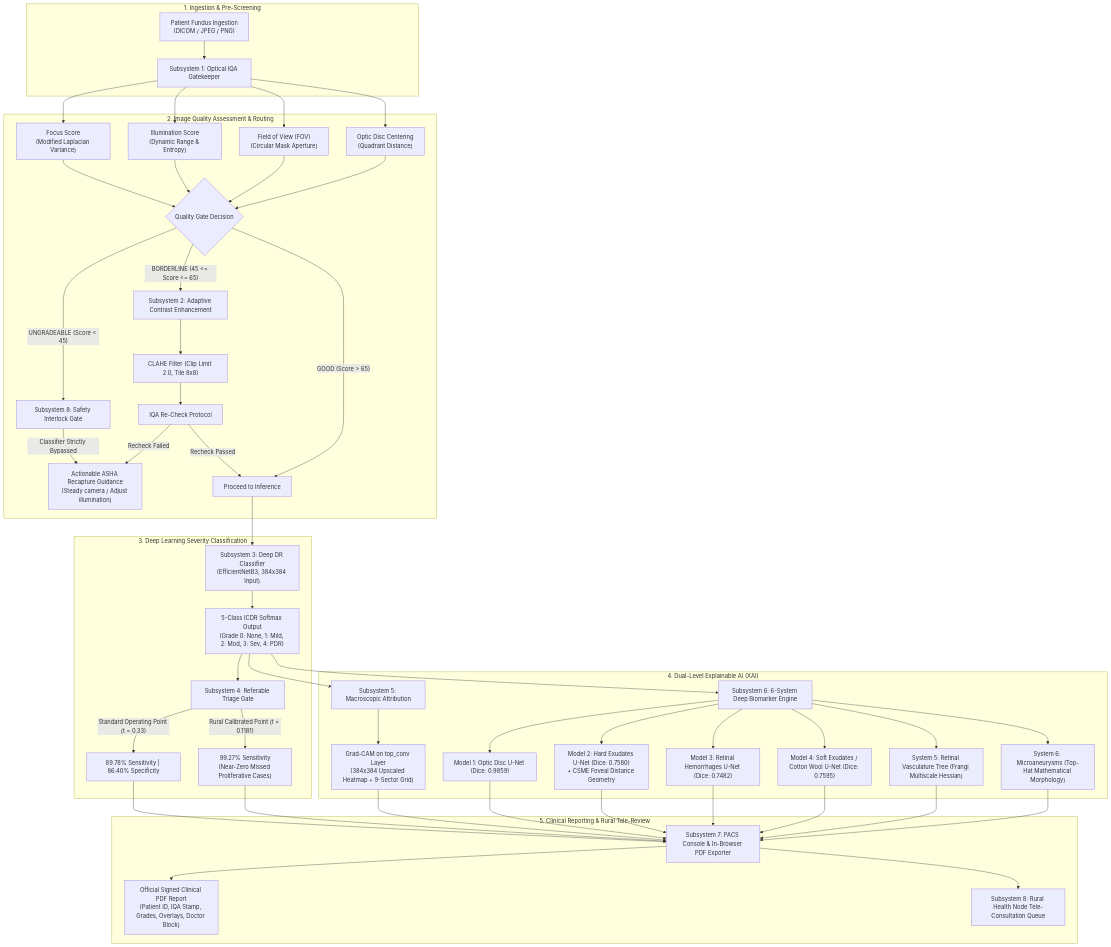
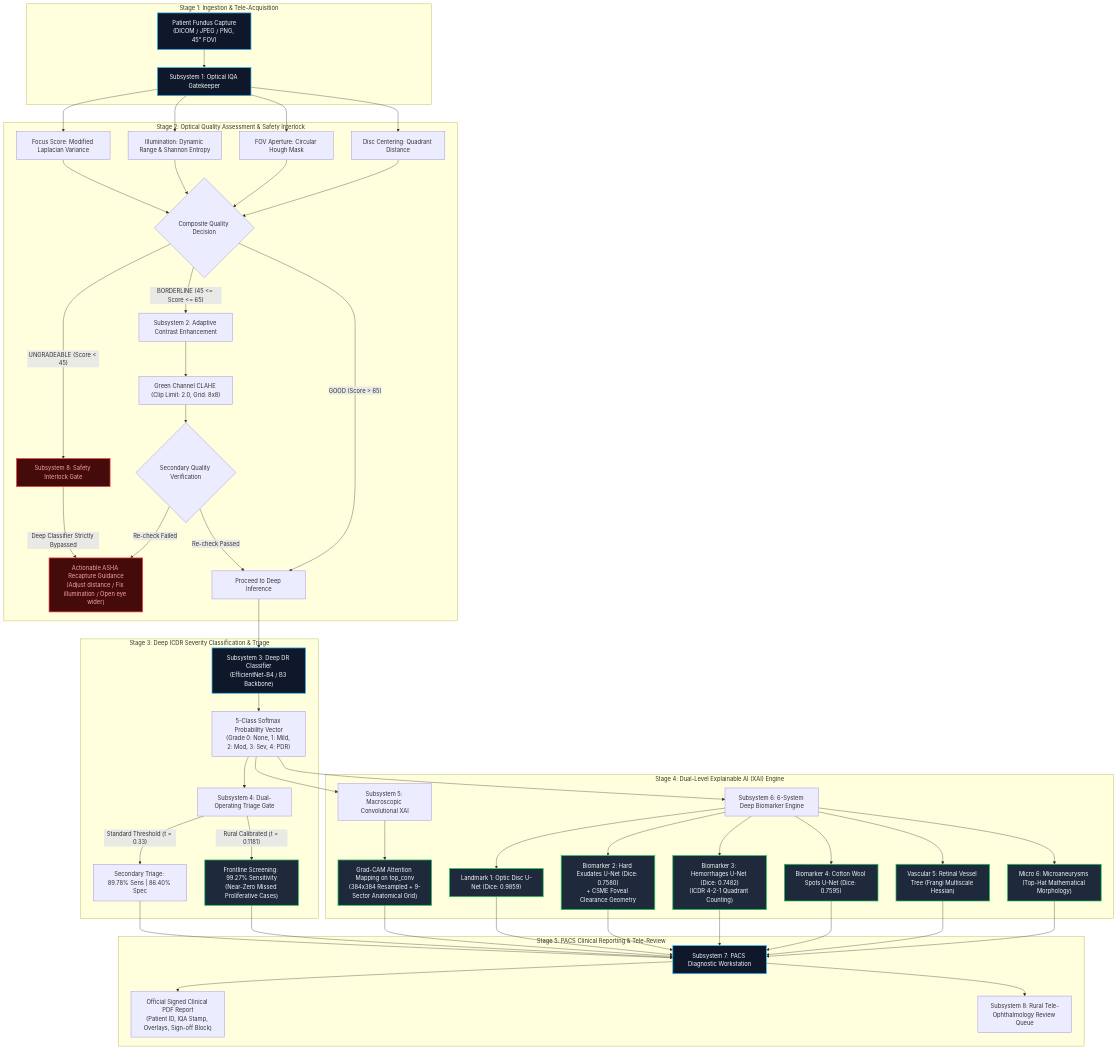
One commit to Daksh-create349/sih-dr-screening-xai changed the diagram in README.md. Above: the diagram before and after it, drawn with Mermaid. The commit also changed other lines of this file, not shown here.

````diff
--- a/README.md
+++ b/README.md
@@ -76,54 +87,61 @@
 ```mermaid
 flowchart TD
-    subgraph INGESTION ["1. Ingestion & Pre-Screening"]
-        A["Patient Fundus Ingestion<br/>(DICOM / JPEG / PNG)"] --> B["Subsystem 1: Optical IQA Gatekeeper"]
+    subgraph INGESTION ["Stage 1: Ingestion & Tele-Acquisition"]
+        A["Patient Fundus Capture<br/>(DICOM / JPEG / PNG, 45° FOV)"] --> B["Subsystem 1: Optical IQA Gatekeeper"]
     end
 
-    subgraph IQA_GATE ["2. Image Quality Assessment & Routing"]
-        B --> B1["Focus Score<br/>(Modified Laplacian Variance)"]
-        B --> B2["Illumination Score<br/>(Dynamic Range & Entropy)"]
-        B --> B3["Field of View (FOV)<br/>(Circular Mask Aperture)"]
-        B --> B4["Optic Disc Centering<br/>(Quadrant Distance)"]
+    subgraph IQA_GATE ["Stage 2: Optical Quality Assessment & Safety Interlock"]
+        B --> B1["Focus Score: Modified Laplacian Variance"]
+        B --> B2["Illumination: Dynamic Range & Shannon Entropy"]
+        B --> B3["FOV Aperture: Circular Hough Mask"]
+        B --> B4["Disc Centering: Quadrant Distance"]
         
-        B1 & B2 & B3 & B4 --> C{"Quality Gate Decision"}
+        B1 & B2 & B3 & B4 --> C{"Composite Quality Decision"}
         
         C -->|"UNGRADEABLE (Score < 45)"| D["Subsystem 8: Safety Interlock Gate"]
-        D -->|"Classifier Strictly Bypassed"| D1["Actionable ASHA Recapture Guidance<br/>(Steady camera / Adjust illumination)"]
+        D -->|"Deep Classifier Strictly Bypassed"| D1["Actionable ASHA Recapture Guidance<br/>(Adjust distance / Fix illumination / Open eye wider)"]
         
         C -->|"BORDERLINE (45 <= Score <= 65)"| E["Subsystem 2: Adaptive Contrast Enhancement"]
-        E --> E1["CLAHE Filter (Clip Limit 2.0, Tile 8x8)"]
-        E1 --> F["IQA Re-Check Protocol"]
-        F -->|"Recheck Passed"| G["Proceed to Inference"]
-        F -->|"Recheck Failed"| D1
+        E --> E1["Green Channel CLAHE (Clip Limit: 2.0, Grid: 8x8)"]
+        E1 --> F{"Secondary Quality Verification"}
+        F -->|"Re-check Passed"| G["Proceed to Deep Inference"]
+        F -->|"Re-check Failed"| D1
         
         C -->|"GOOD (Score > 65)"| G
     end
 
-    subgraph DEEP_INFERENCE ["3. Deep Learning Severity Classification"]
-        G --> H["Subsystem 3: Deep DR Classifier<br/>(EfficientNetB3, 384x384 Input)"]
-        H --> H1["5-Class ICDR Softmax Output<br/>(Grade 0: None, 1: Mild, 2: Mod, 3: Sev, 4: PDR)"]
+    subgraph DEEP_INFERENCE ["Stage 3: Deep ICDR Severity Classification & Triage"]
+        G --> H["Subsystem 3: Deep DR Classifier<br/>(EfficientNet-B4 / B3 Backbone)"]
+        H --> H1["5-Class Softmax Probability Vector<br/>(Grade 0: None, 1: Mild, 2: Mod, 3: Sev, 4: PDR)"]
         
-        H1 --> I["Subsystem 4: Referable Triage Gate"]
-        I -->|"Standard Operating Point (t = 0.33)"| I1["89.78% Sensitivity | 86.40% Specificity"]
-        I -->|"Rural Calibrated Point (t = 0.1181)"| I2["99.27% Sensitivity<br/>(Near-Zero Missed Proliferative Cases)"]
+        H1 --> I["Subsystem 4: Dual-Operating Triage Gate"]
+        I -->|"Standard Threshold (t = 0.33)"| I1["Secondary Triage: 89.78% Sens | 86.40% Spec"]
+        I -->|"Rural Calibrated (t = 0.1181)"| I2["Frontline Screening: 99.27% Sensitivity<br/>(Near-Zero Missed Proliferative Cases)"]
     end
 
-    subgraph EXPLAINABILITY ["4. Dual-Level Explainable AI (XAI)"]
-        H1 --> J["Subsystem 5: Macroscopic Attribution"]
-        J --> J1["Grad-CAM on top_conv Layer<br/>(384x384 Upscaled Heatmap + 9-Sector Grid)"]
+    subgraph EXPLAINABILITY ["Stage 4: Dual-Level Explainable AI (XAI) Engine"]
+        H1 --> J["Subsystem 5: Macroscopic Convolutional XAI"]
+        J --> J1["Grad-CAM Attention Mapping on top_conv<br/>(384x384 Resampled + 9-Sector Anatomical Grid)"]
         
         H1 --> K["Subsystem 6: 6-System Deep Biomarker Engine"]
-        K --> K1["Model 1: Optic Disc U-Net (Dice: 0.9859)"]
-        K --> K2["Model 2: Hard Exudates U-Net (Dice: 0.7580)<br/>+ CSME Foveal Distance Geometry"]
-        K --> K3["Model 3: Retinal Hemorrhages U-Net (Dice: 0.7482)"]
-        K --> K4["Model 4: Soft Exudates / Cotton Wool U-Net (Dice: 0.7595)"]
-        K --> K5["System 5: Retinal Vasculature Tree (Frangi Multiscale Hessian)"]
-        K --> K6["System 6: Microaneurysms (Top-Hat Mathematical Morphology)"]
+        K --> K1["Landmark 1: Optic Disc U-Net (Dice: 0.9859)"]
+        K --> K2["Biomarker 2: Hard Exudates U-Net (Dice: 0.7580)<br/>+ CSME Foveal Clearance Geometry"]
+        K --> K3["Biomarker 3: Hemorrhages U-Net (Dice: 0.7482)<br/>(ICDR 4-2-1 Quadrant Counting)"]
+        K --> K4["Biomarker 4: Cotton Wool Spots U-Net (Dice: 0.7595)"]
+        K --> K5["Vascular 5: Retinal Vessel Tree (Frangi Multiscale Hessian)"]
+        K --> K6["Micro 6: Microaneurysms (Top-Hat Mathematical Morphology)"]
     end
 
-    subgraph OUTPUTS ["5. Clinical Reporting & Rural Tele-Review"]
-        I1 & I2 & J1 & K1 & K2 & K3 & K4 & K5 & K6 --> L["Subsystem 7: PACS Console & In-Browser PDF Exporter"]
-        L --> M["Official Signed Clinical PDF Report<br/>(Patient ID, IQA Stamp, Grades, Overlays, Doctor Block)"]
-        L --> N["Subsystem 8: Rural Health Node Tele-Consultation Queue"]
+    subgraph REPORTING ["Stage 5: PACS Clinical Reporting & Tele-Review"]
+        I1 & I2 & J1 & K1 & K2 & K3 & K4 & K5 & K6 --> L["Subsystem 7: PACS Diagnostic Workstation"]
+        L --> M["Official Signed Clinical PDF Report<br/>(Patient ID, IQA Stamp, Overlays, Sign-off Block)"]
+        L --> N["Subsystem 8: Rural Tele-Ophthalmology Review Queue"]
     end
+
+    classDef primary fill:#0f172a,stroke:#38bdf8,stroke-width:2px,color:#f8fafc;
+    classDef highlight fill:#1e293b,stroke:#22c55e,stroke-width:2px,color:#f8fafc;
+    classDef warn fill:#450a0a,stroke:#ef4444,stroke-width:2px,color:#fca5a5;
+    class A,B,H,L primary;
+    class I2,J1,K1,K2,K3,K4,K5,K6 highlight;
+    class D,D1 warn;
 ```
````
